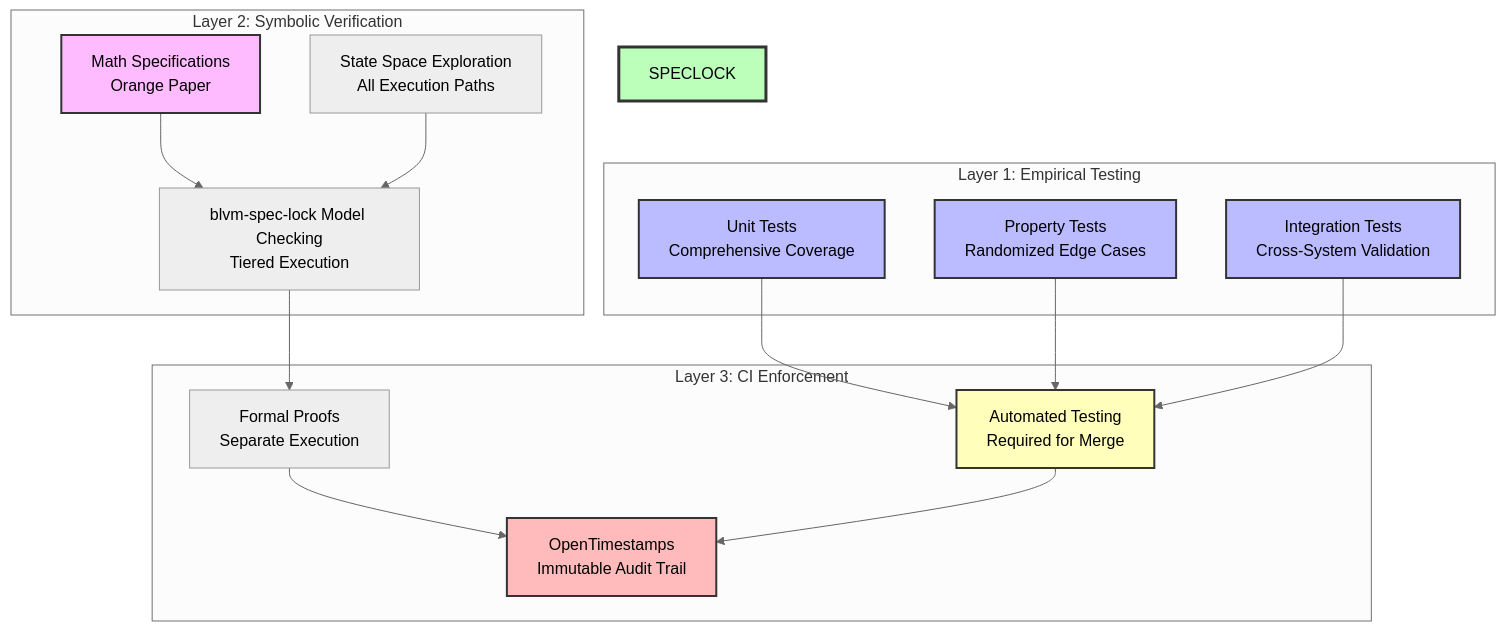
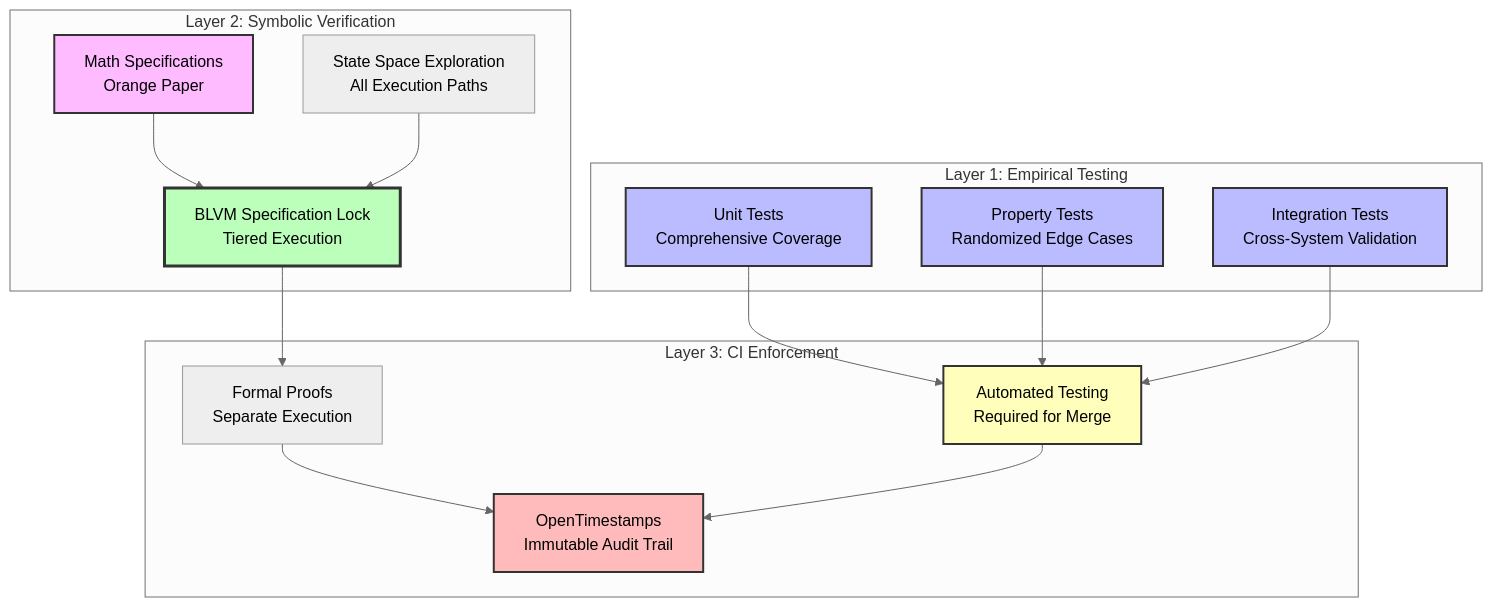
Before and after one commit to BTCDecoded/blvm-docs: the diagram in src/consensus/formal-verification.md, drawn with Mermaid (neutral theme). The commit also changed other lines of this file and 22 other files, not shown here.

````diff
--- a/src/consensus/formal-verification.md
+++ b/src/consensus/formal-verification.md
@@ -9,39 +9,39 @@
 ```mermaid
 graph TB
     subgraph "Layer 1: Empirical Testing"
         UT[Unit Tests<br/>Comprehensive Coverage]
         PT[Property Tests<br/>Randomized Edge Cases]
         IT[Integration Tests<br/>Cross-System Validation]
     end
     
     subgraph "Layer 2: Symbolic Verification"
-        blvm-spec-lock[blvm-spec-lock Model Checking<br/>Tiered Execution]
+        SPECLOCK[BLVM Specification Lock<br/>Tiered Execution]
         SPEC[Math Specifications<br/>Orange Paper]
         SSE[State Space Exploration<br/>All Execution Paths]
     end
     
     subgraph "Layer 3: CI Enforcement"
         AUTO[Automated Testing<br/>Required for Merge]
         PROOF[Formal Proofs<br/>Separate Execution]
         OTS[OpenTimestamps<br/>Immutable Audit Trail]
     end
     
     UT --> AUTO
     PT --> AUTO
     IT --> AUTO
     
-    blvm-spec-lock --> PROOF
-    SPEC --> blvm-spec-lock
-    SSE --> blvm-spec-lock
+    SPECLOCK --> PROOF
+    SPEC --> SPECLOCK
+    SSE --> SPECLOCK
     
     PROOF --> OTS
     AUTO --> OTS
     
     style UT fill:#bbf,stroke:#333,stroke-width:2px
     style PT fill:#bbf,stroke:#333,stroke-width:2px
     style IT fill:#bbf,stroke:#333,stroke-width:2px
     style SPECLOCK fill:#bfb,stroke:#333,stroke-width:3px
     style SPEC fill:#fbf,stroke:#333,stroke-width:2px
     style AUTO fill:#ffb,stroke:#333,stroke-width:2px
     style OTS fill:#fbb,stroke:#333,stroke-width:2px
 ```
````
